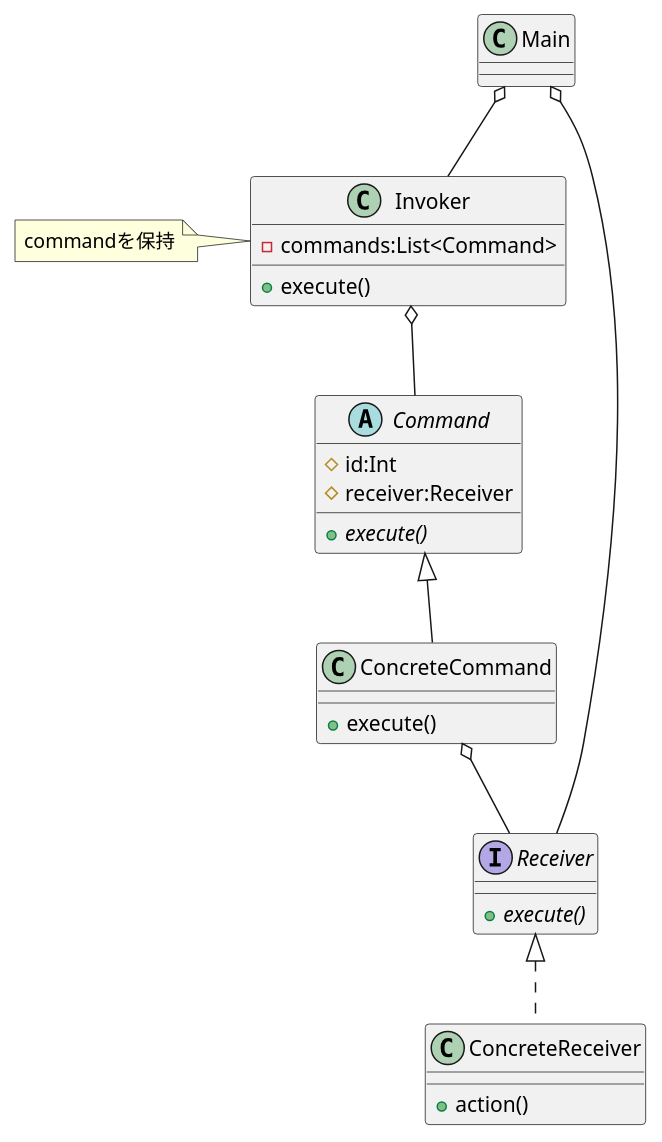
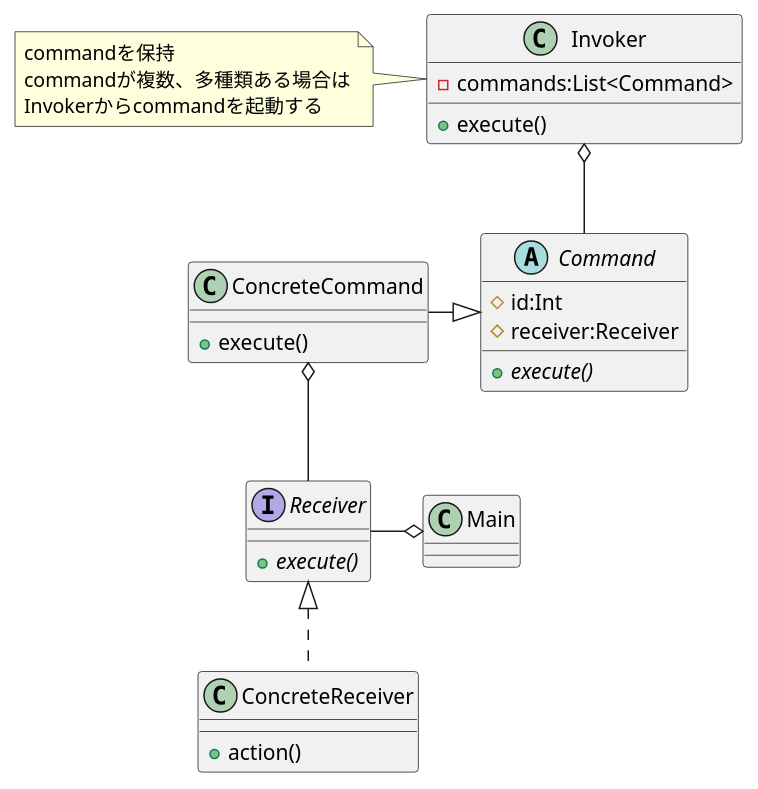
The diagram in app/src/main/java/keijumt/design_pattern/pattern/command/commandPattern.puml (keijumt/design-pattern), drawn with PlantUML before and after one commit.

Commit message:
Update uml class position

```diff
--- a/app/src/main/java/keijumt/design_pattern/pattern/command/commandPattern.puml
+++ b/app/src/main/java/keijumt/design_pattern/pattern/command/commandPattern.puml
@@ -1,41 +1,42 @@
 @startuml
 
 abstract class Command{
     # id:Int
     # receiver:Receiver
     + {abstract} execute()
 }
 
 interface Receiver{
     + {abstract}execute()
 }
 
 class ConcreteCommand{
     + execute()
 }
 
 class ConcreteReceiver{
     + action()
 }
 
 class Invoker{
     - commands:List<Command>
     + execute()
 }
 
 class Main
 
-Command <|-- ConcreteCommand
+Command <|-left- ConcreteCommand
 Receiver <|.. ConcreteReceiver
 
 ConcreteCommand o-- Receiver
 Invoker o-- Command
 
-Main o-- Invoker
-Main o-- Receiver
+Main o-left- Receiver
 
 note left of Invoker
     commandを保持
+    commandが複数、多種類ある場合は
+    Invokerからcommandを起動する
 end note
 
 @enduml
```
